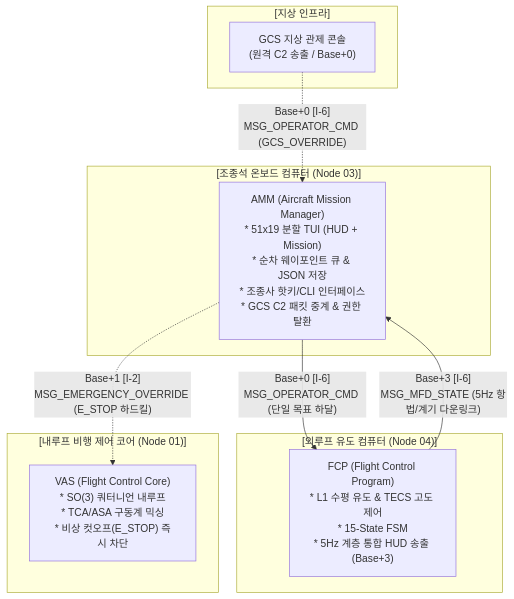
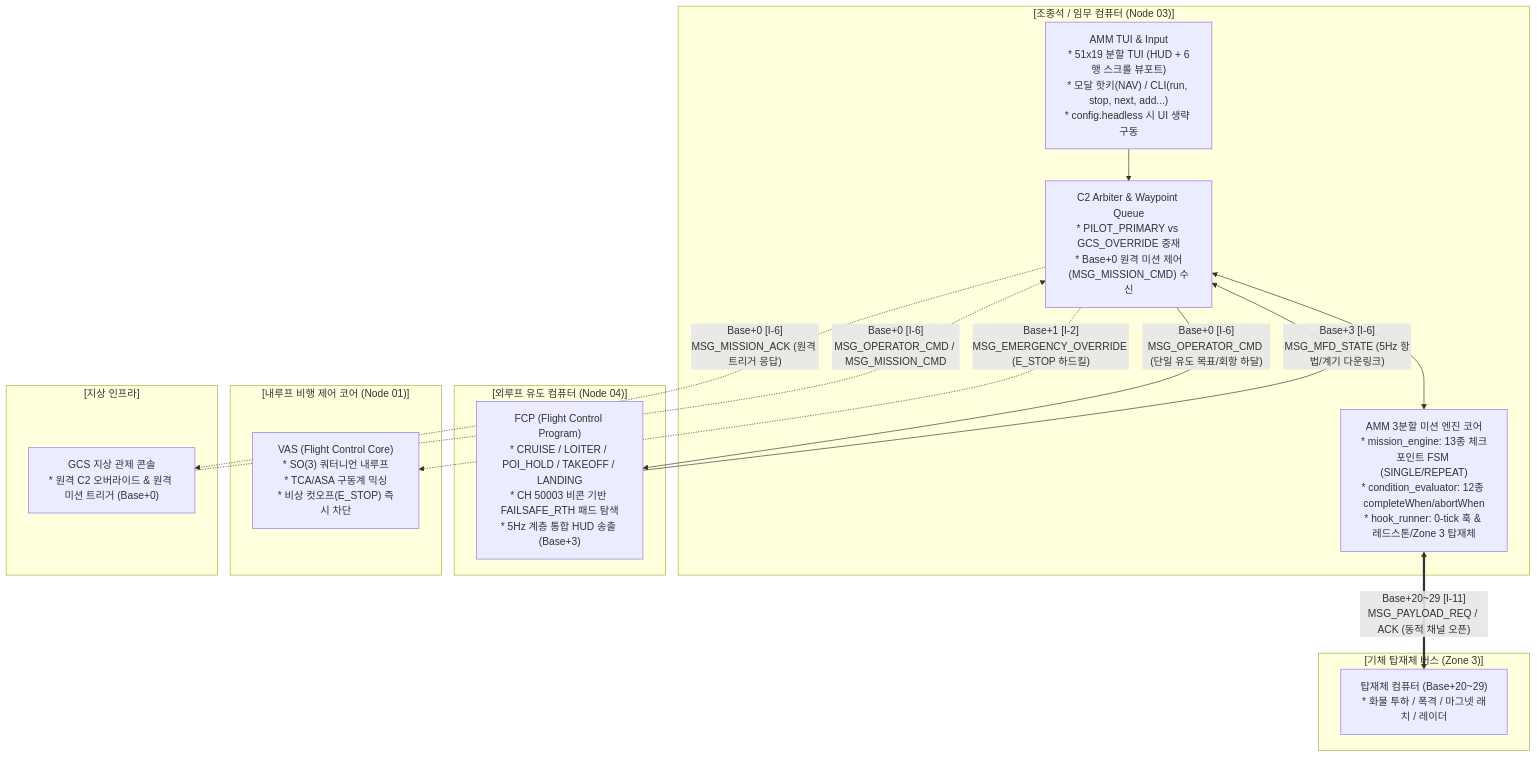
The first of 3 diagrams in docs/specs/3_planning/amm/AMM_PROGRAM_SPECIFICATION.md (Polimachi/Aeroneutics_Autopilot), drawn with Mermaid before and after one commit. The commit also changed other lines of this file and 7 other files, not shown here.

Commit message:
docs(amm): establish AMM v1.1.0 mission sequencer spec and ICD v1.26.0 (TASK-202-1)

````diff
--- a/docs/specs/3_planning/amm/AMM_PROGRAM_SPECIFICATION.md
+++ b/docs/specs/3_planning/amm/AMM_PROGRAM_SPECIFICATION.md
@@ -39,24 +40,34 @@
 ```mermaid
 flowchart TD
-    subgraph COCKPIT["[조종석 온보드 컴퓨터 (Node 03)]"]
-        AMM["AMM (Aircraft Mission Manager)<br/>* 51x19 분할 TUI (HUD + Mission)<br/>* 순차 웨이포인트 큐 & JSON 저장<br/>* 조종사 핫키/CLI 인터페이스<br/>* GCS C2 패킷 중계 & 권한 탈환"]
+    subgraph COCKPIT["[조종석 / 임무 컴퓨터 (Node 03)]"]
+        AMM_UI["AMM TUI & Input<br/>* 51x19 분할 TUI (HUD + 6행 스크롤 뷰포트)<br/>* 모달 핫키(NAV) / CLI(run, stop, next, add...)<br/>* config.headless 시 UI 생략 구동"]
+        AMM_CORE["AMM 3분할 미션 엔진 코어<br/>* mission_engine: 13종 체크포인트 FSM (SINGLE/REPEAT)<br/>* condition_evaluator: 12종 completeWhen/abortWhen<br/>* hook_runner: 0-tick 훅 & 레드스톤/Zone 3 탑재체"]
+        AMM_ARB["C2 Arbiter & Waypoint Queue<br/>* PILOT_PRIMARY vs GCS_OVERRIDE 중재<br/>* Base+0 원격 미션 제어(MSG_MISSION_CMD) 수신"]
+        AMM_UI --> AMM_ARB
+        AMM_ARB <--> AMM_CORE
     end
 
     subgraph GUIDANCE["[외루프 유도 컴퓨터 (Node 04)]"]
-        FCP["FCP (Flight Control Program)<br/>* L1 수평 유도 & TECS 고도 제어<br/>* 15-State FSM<br/>* 5Hz 계층 통합 HUD 송출 (Base+3)"]
+        FCP["FCP (Flight Control Program)<br/>* CRUISE / LOITER / POI_HOLD / TAKEOFF / LANDING<br/>* CH 50003 비콘 기반 FAILSAFE_RTH 패드 탐색<br/>* 5Hz 계층 통합 HUD 송출 (Base+3)"]
     end
 
     subgraph INNER_LOOP["[내루프 비행 제어 코어 (Node 01)]"]
         VAS["VAS (Flight Control Core)<br/>* SO(3) 쿼터니언 내루프<br/>* TCA/ASA 구동계 믹싱<br/>* 비상 컷오프(E_STOP) 즉시 차단"]
     end
 
+    subgraph PAYLOAD_ZONE3["[기체 탑재체 버스 (Zone 3)]"]
+        PAYLOAD["탑재체 컴퓨터 (Base+20~29)<br/>* 화물 투하 / 폭격 / 마그넷 래치 / 레이더"]
+    end
+
     subgraph GROUND_INFRA["[지상 인프라]"]
-        GCS["GCS 지상 관제 콘솔<br/>(원격 C2 송출 / Base+0)"]
+        GCS["GCS 지상 관제 콘솔<br/>* 원격 C2 오버라이드 & 원격 미션 트리거 (Base+0)"]
     end
 
     %% Network links
-    AMM -->|"Base+0 [I-6]<br/>MSG_OPERATOR_CMD (단일 목표 하달)"| FCP
-    AMM -.->|"Base+1 [I-2]<br/>MSG_EMERGENCY_OVERRIDE (E_STOP 하드킬)"| VAS
-    FCP -->|"Base+3 [I-6]<br/>MSG_MFD_STATE (5Hz 항법/계기 다운링크)"| AMM
-    GCS -.->|"Base+0 [I-6]<br/>MSG_OPERATOR_CMD (GCS_OVERRIDE)"| AMM
+    AMM_ARB -->|"Base+0 [I-6]<br/>MSG_OPERATOR_CMD (단일 유도 목표/회항 하달)"| FCP
+    AMM_ARB -.->|"Base+1 [I-2]<br/>MSG_EMERGENCY_OVERRIDE (E_STOP 하드킬)"| VAS
+    FCP -->|"Base+3 [I-6]<br/>MSG_MFD_STATE (5Hz 항법/계기 다운링크)"| AMM_ARB
+    GCS -.->|"Base+0 [I-6]<br/>MSG_OPERATOR_CMD / MSG_MISSION_CMD"| AMM_ARB
+    AMM_ARB -.->|"Base+0 [I-6]<br/>MSG_MISSION_ACK (원격 트리거 응답)"| GCS
+    AMM_CORE <==>|"Base+20~29 [I-11]<br/>MSG_PAYLOAD_REQ / ACK (동적 채널 오픈)"| PAYLOAD
 ```
````
